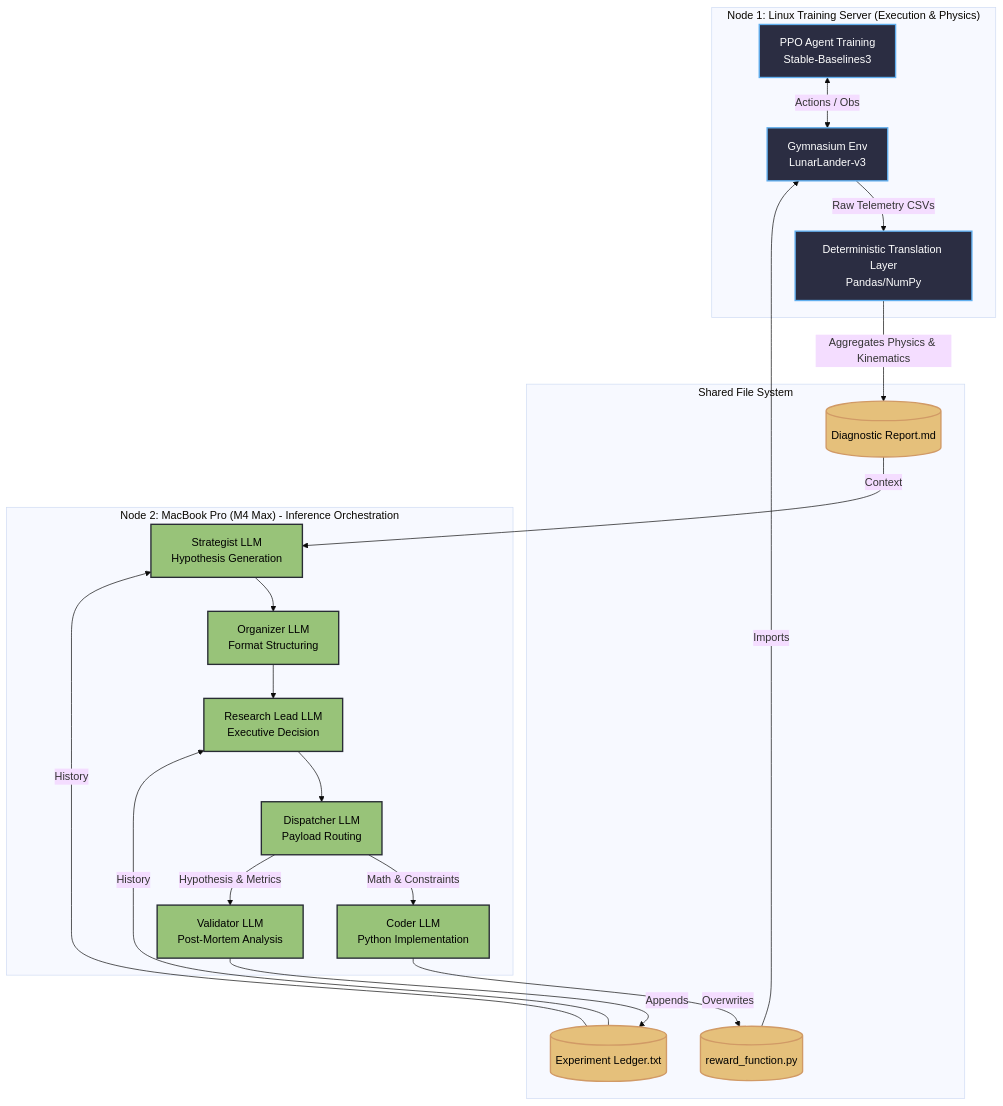
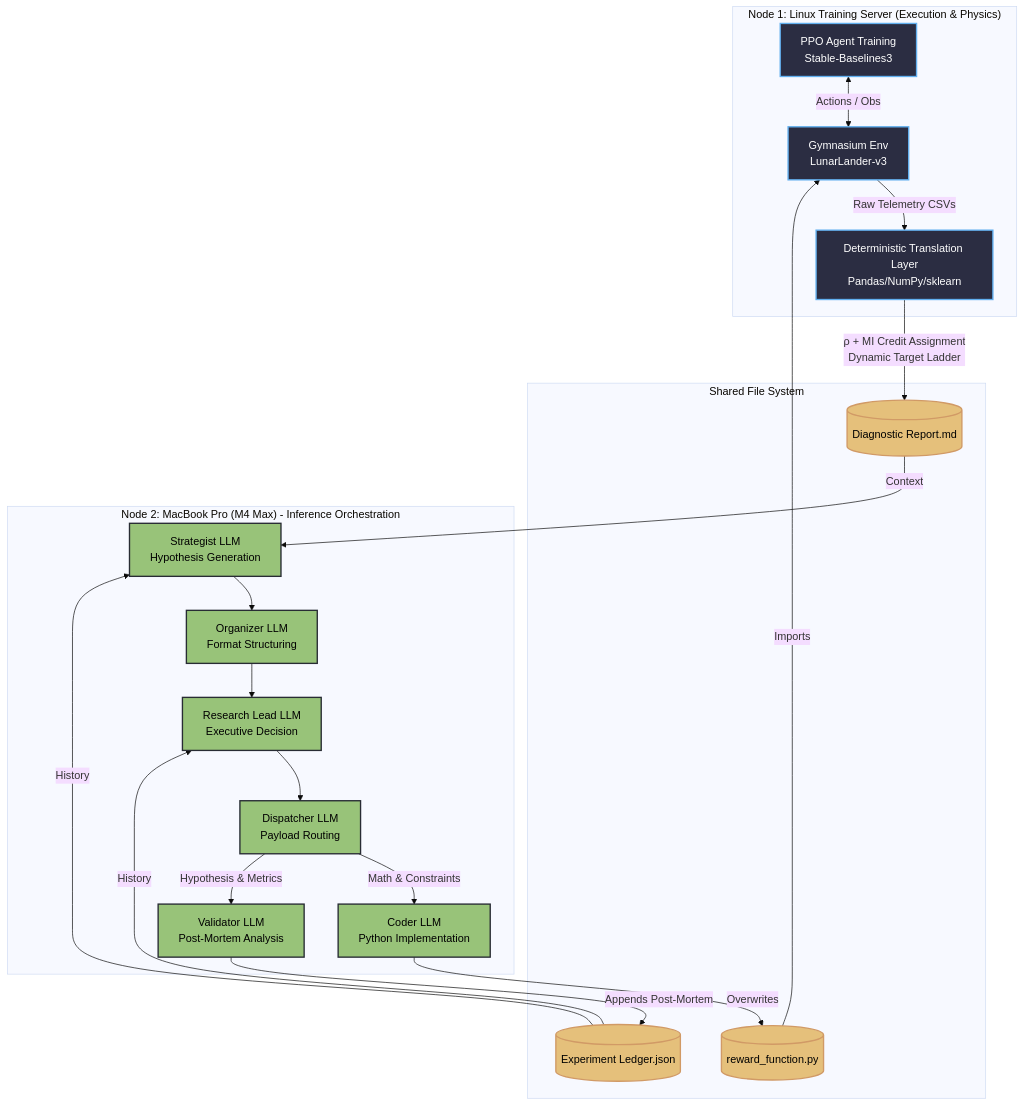
The diagram in README.md (dominik-klingshirn/rl_agent_loop), drawn with Mermaid before and after one commit. The commit also changed other lines of this file and 4 other files, not shown here.

````diff
--- a/README.md
+++ b/README.md
@@ -57,49 +63,49 @@
 ```mermaid
 %%{init: {"theme": "base"} }%%
 graph TD
     %% Define Styles
     classDef linux fill:#2b2d42,stroke:#61afef,stroke-width:2px,color:#fff
     classDef mac fill:#fdf6e3,stroke:#e06c75,stroke-width:2px,color:#333
     classDef llm fill:#98c379,stroke:#282c34,stroke-width:2px,color:#000
     classDef file fill:#e5c07b,stroke:#d19a66,stroke-width:2px,color:#000
 
     %% Subgraphs for Hardware Separation
     subgraph "Node 1: Linux Training Server (Execution & Physics)"
         A[PPO Agent Training<br/>Stable-Baselines3]:::linux
         B[Gymnasium Env<br/>LunarLander-v3]:::linux
-        C[Deterministic Translation Layer<br/>Pandas/NumPy]:::linux
+        C[Deterministic Translation Layer<br/>Pandas/NumPy/sklearn]:::linux
         
         A <-->|Actions / Obs| B
         B -->|Raw Telemetry CSVs| C
     end
 
     subgraph "Shared File System"
         D[(Diagnostic Report.md)]:::file
-        E[(Experiment Ledger.txt)]:::file
+        E[(Experiment Ledger.json)]:::file
         F[(reward_function.py)]:::file
     end
 
     subgraph "Node 2: MacBook Pro (M4 Max) - Inference Orchestration"
         G[Strategist LLM<br/>Hypothesis Generation]:::llm
         H[Organizer LLM<br/>Format Structuring]:::llm
         I[Research Lead LLM<br/>Executive Decision]:::llm
         J[Dispatcher LLM<br/>Payload Routing]:::llm
         K[Coder LLM<br/>Python Implementation]:::llm
         L[Validator LLM<br/>Post-Mortem Analysis]:::llm
         
         G --> H
         H --> I
         I --> J
         J -->|Math & Constraints| K
         J -->|Hypothesis & Metrics| L
     end
 
     %% Cross-Node Connections
-    C -->|Aggregates Physics & Kinematics| D
+    C -->|ρ + MI Credit Assignment<br/>Dynamic Target Ladder| D
     D -->|Context| G
     E -->|History| G
     E -->|History| I
     K -->|Overwrites| F
     F -->|Imports| B
-    L -->|Appends| E
+    L -->|Appends Post-Mortem| E
 ```
````
